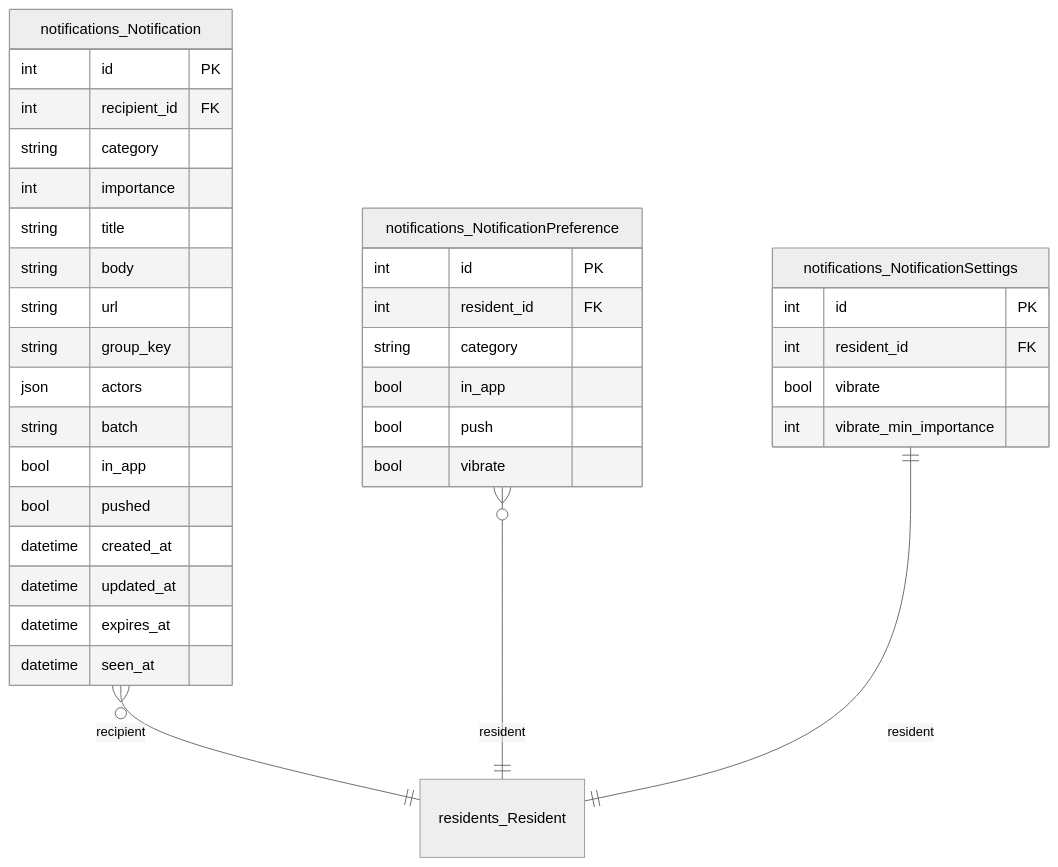
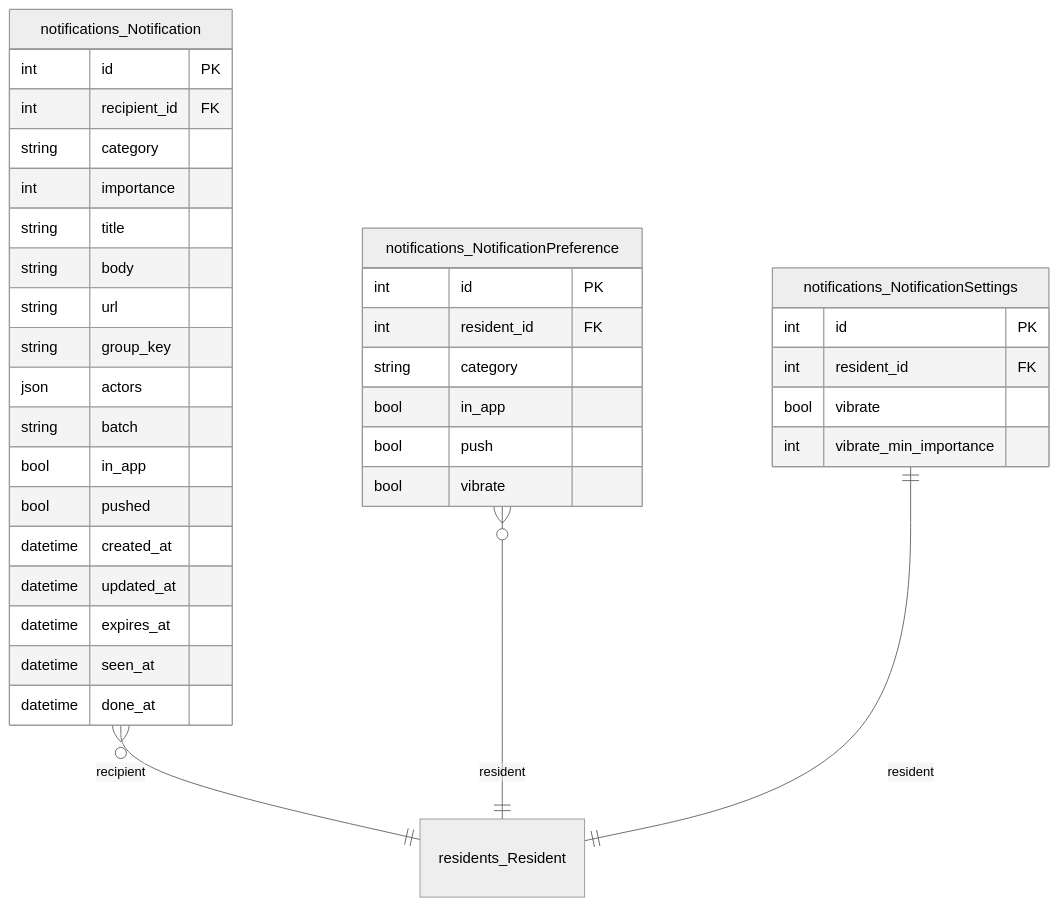
One commit to GAHK-org/gahk_intern changed the tenth of 18 diagrams in docs/erd.md. Above: the diagram before and after it, drawn with Mermaid (neutral theme). The commit also changed other lines of this file and 18 other files, not shown here.

````diff
--- a/docs/erd.md
+++ b/docs/erd.md
@@ -1735,43 +1747,44 @@
 ```mermaid
 erDiagram
     notifications_Notification {
         int id PK
         int recipient_id FK
         string category
         int importance
         string title
         string body
         string url
         string group_key
         json actors
         string batch
         bool in_app
         bool pushed
         datetime created_at
         datetime updated_at
         datetime expires_at
         datetime seen_at
+        datetime done_at
     }
 
     notifications_NotificationPreference {
         int id PK
         int resident_id FK
         string category
         bool in_app
         bool push
         bool vibrate
     }
 
     notifications_NotificationSettings {
         int id PK
         int resident_id FK
         bool vibrate
         int vibrate_min_importance
     }
 
     residents_Resident { }
 
     notifications_Notification }o--|| residents_Resident : "recipient"
     notifications_NotificationPreference }o--|| residents_Resident : "resident"
     notifications_NotificationSettings ||--|| residents_Resident : "resident"
 ```
````
